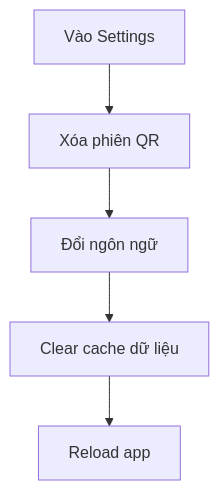
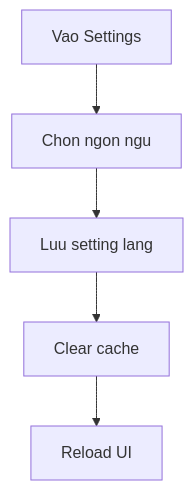
Diagram 50 of 51 in PRD_SmartTour.md (EricHoang28092k5/SmartTour), drawn with Mermaid before and after one commit. The commit also changed other lines of this file and 3 other files, not shown here.

````diff
--- a/PRD_SmartTour.md
+++ b/PRD_SmartTour.md
@@ -939,7 +1057,7 @@
 ```mermaid
 flowchart TD
-    A[Vào Settings] --> B[Xóa phiên QR]
-    B --> C[Đổi ngôn ngữ]
-    C --> D[Clear cache dữ liệu]
-    D --> E[Reload app]
+    A[Vao Settings] --> B[Chon ngon ngu]
+    B --> C[Luu setting lang]
+    C --> D[Clear cache]
+    D --> E[Reload UI]
 ```
````
